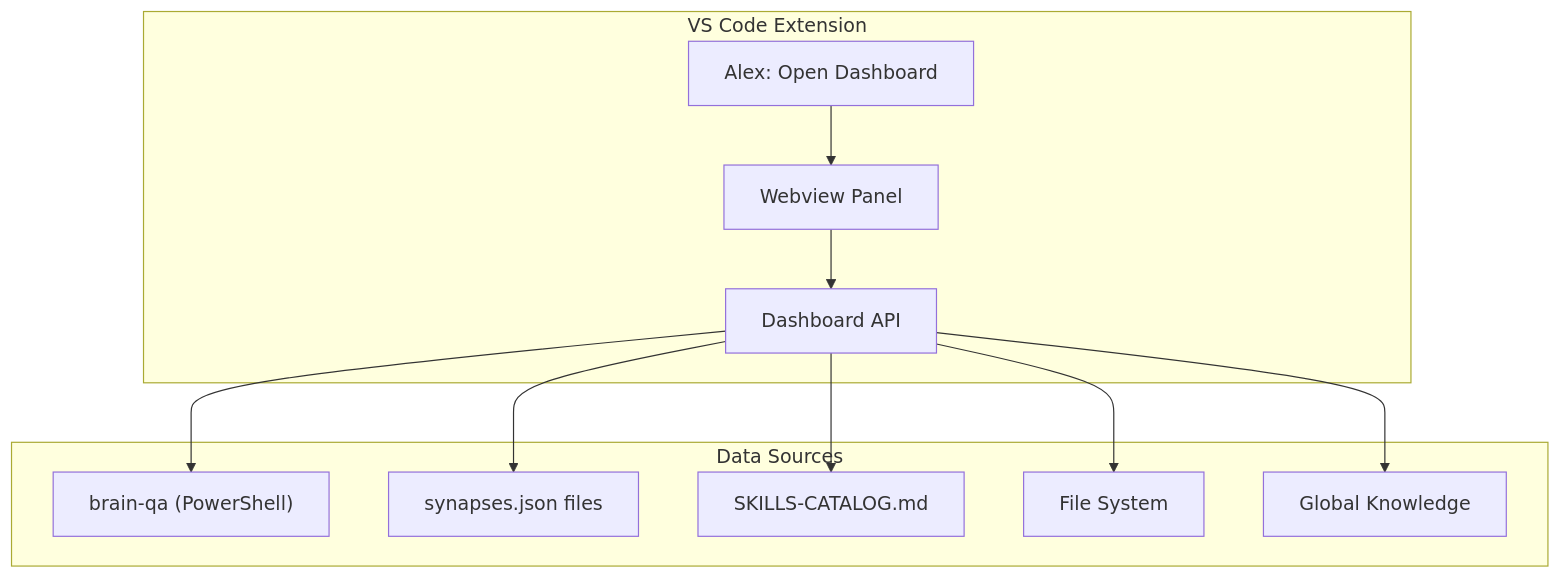
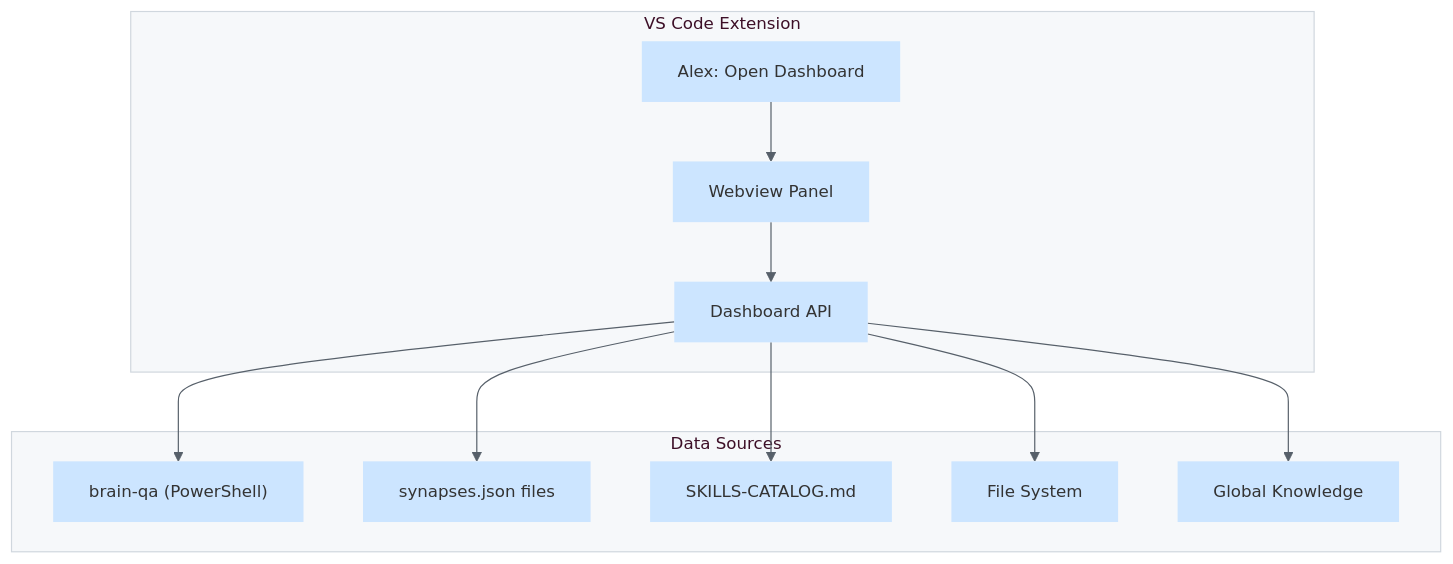
The diagram in alex_docs/features/COGNITIVE-DASHBOARD-DESIGN.md (fabioc-aloha/Alex_Plug_In), drawn with Mermaid before and after one commit. The commit also changed 1 other file, not shown here.

Commit message:
style: apply Fishbowl Pastel palette to alex_docs/ diagrams
Updated 5 diagrams in 2 files:
- RESEARCH-FIRST-DEVELOPMENT.md (4 diagrams): Phase overview, Builder→Validator flow, full agent flow, temporal coverage
- COGNITIVE-DASHBOARD-DESIGN.md (1 diagram): Dashboard architecture

alex_docs/ now 100% consistent (37/37 files with theme)
Total: 145+ diagram blocks across documentation

````diff
--- a/alex_docs/features/COGNITIVE-DASHBOARD-DESIGN.md
+++ b/alex_docs/features/COGNITIVE-DASHBOARD-DESIGN.md
@@ -230,20 +230,42 @@
 ```mermaid
+%%{init: {'theme': 'base', 'themeVariables': {
+  'primaryColor': '#cce5ff',
+  'primaryTextColor': '#333',
+  'primaryBorderColor': '#57606a',
+  'lineColor': '#57606a',
+  'secondaryColor': '#e6d5f2',
+  'tertiaryColor': '#c2f0d8',
+  'background': '#ffffff',
+  'mainBkg': '#cce5ff',
+  'secondBkg': '#e6d5f2',
+  'tertiaryBkg': '#c2f0d8',
+  'textColor': '#333',
+  'border1Color': '#57606a',
+  'border2Color': '#57606a',
+  'arrowheadColor': '#57606a',
+  'fontFamily': 'ui-sans-serif, system-ui, sans-serif',
+  'fontSize': '14px',
+  'nodeBorder': '1.5px',
+  'clusterBkg': '#f6f8fa',
+  'clusterBorder': '#d0d7de',
+  'edgeLabelBackground': '#ffffff'
+}}}%%
 flowchart TB
     subgraph VSCode["VS Code Extension"]
         CMD["Alex: Open Dashboard"]
         WV["Webview Panel"]
         API["Dashboard API"]
     end
 
     subgraph Data["Data Sources"]
         BQA["brain-qa (PowerShell)"]
         SYN["synapses.json files"]
         CAT["SKILLS-CATALOG.md"]
         FS["File System"]
         GK["Global Knowledge"]
     end
 
     CMD --> WV
     WV --> API
     API --> BQA & SYN & CAT & FS & GK
 ```
````
